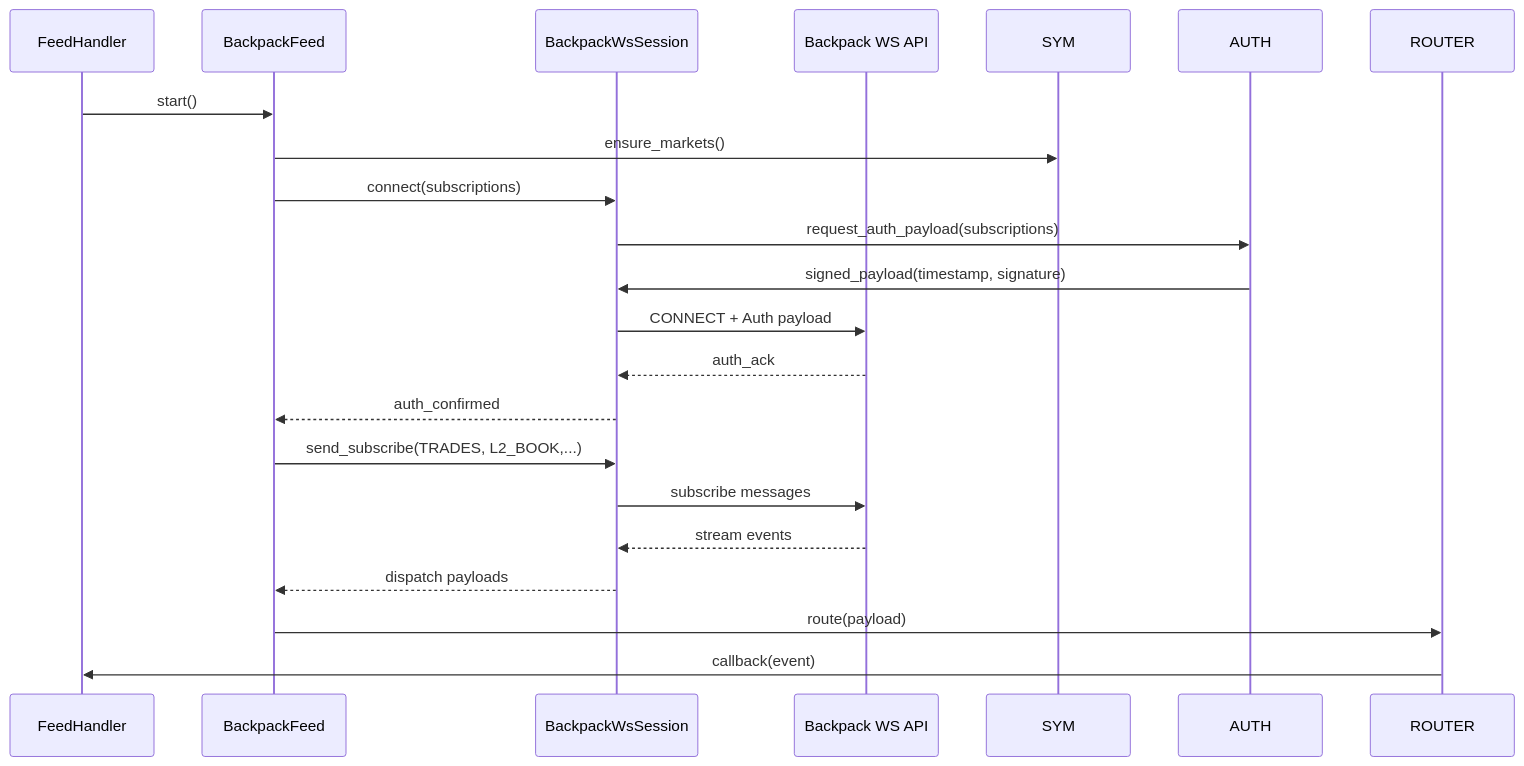
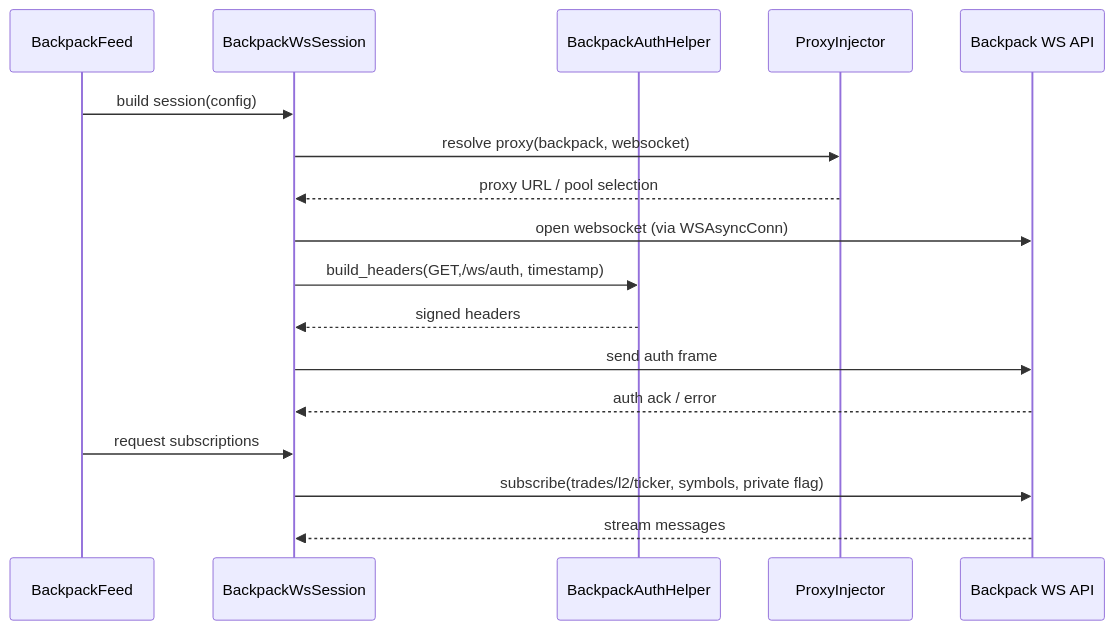
One commit to bmoscon/cryptofeed changed the second of 3 diagrams in .kiro/specs/backpack-exchange-integration/design.md. Above: the diagram before and after it, drawn with Mermaid. The commit also changed other lines of this file and 22 other files, not shown here.

Commit message:
Remove Backpack ccxt integration and enforce native feed

````diff
--- a/.kiro/specs/backpack-exchange-integration/design.md
+++ b/.kiro/specs/backpack-exchange-integration/design.md
@@ -145,21 +64,20 @@
 ```mermaid
 sequenceDiagram
-    participant FH as FeedHandler
-    participant BF as BackpackFeed
+    participant Feed as BackpackFeed
     participant WS as BackpackWsSession
-    participant API as Backpack WS API
-    FH->>BF: start()
-    BF->>SYM: ensure_markets()
-    BF->>WS: connect(subscriptions)
-    WS->>AUTH: request_auth_payload(subscriptions)
-    AUTH->>WS: signed_payload(timestamp, signature)
-    WS->>API: CONNECT + Auth payload
-    API-->>WS: auth_ack
-    WS-->>BF: auth_confirmed
-    BF->>WS: send_subscribe(TRADES, L2_BOOK,...)
-    WS->>API: subscribe messages
-    API-->>WS: stream events
-    WS-->>BF: dispatch payloads
-    BF->>ROUTER: route(payload)
-    ROUTER->>FH: callback(event)
+    participant Auth as BackpackAuthHelper
+    participant Proxy as ProxyInjector
+    participant Api as Backpack WS API
+
+    Feed->>WS: build session(config)
+    WS->>Proxy: resolve proxy(backpack, websocket)
+    Proxy-->>WS: proxy URL / pool selection
+    WS->>Api: open websocket (via WSAsyncConn)
+    WS->>Auth: build_headers(GET,/ws/auth, timestamp)
+    Auth-->>WS: signed headers
+    WS->>Api: send auth frame
+    Api-->>WS: auth ack / error
+    Feed->>WS: request subscriptions
+    WS->>Api: subscribe(trades/l2/ticker, symbols, private flag)
+    Api-->>WS: stream messages
 ```
````
